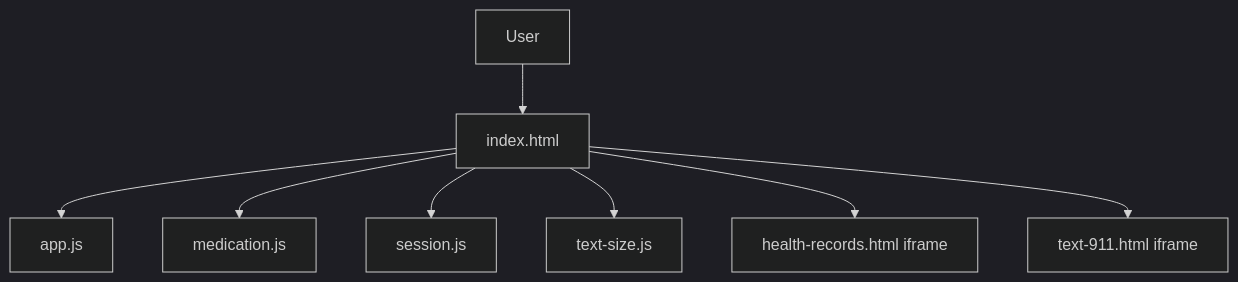
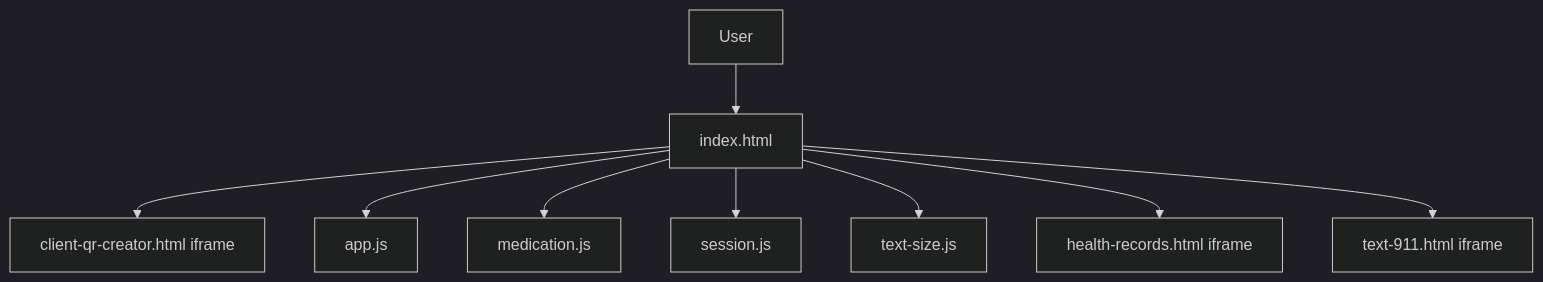
One commit to clovenbradshaw-ctrl/ikey3 changed the first of 3 diagrams in SYSTEM_DESIGN.md. Above: the diagram before and after it, drawn with Mermaid (dark theme). The commit also changed other lines of this file and 1 other file, not shown here.

Commit message:
Embed client creator in main interface

````diff
--- a/SYSTEM_DESIGN.md
+++ b/SYSTEM_DESIGN.md
@@ -7,10 +7,11 @@
 ```mermaid
 graph TD
     User --> UI[index.html]
+    UI --> Creator[client-qr-creator.html iframe]
     UI --> AppJS[app.js]
     UI --> MedicationJS[medication.js]
     UI --> SessionJS[session.js]
     UI --> TextSizeJS[text-size.js]
     UI --> HR[health-records.html iframe]
     UI --> TX911[text-911.html iframe]
 ```
````
